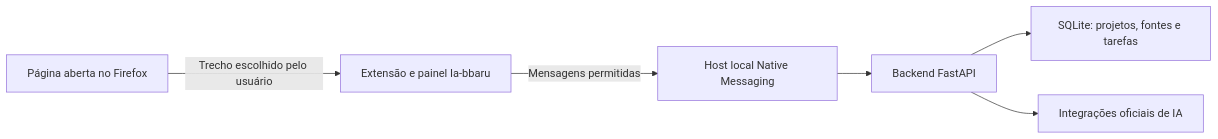
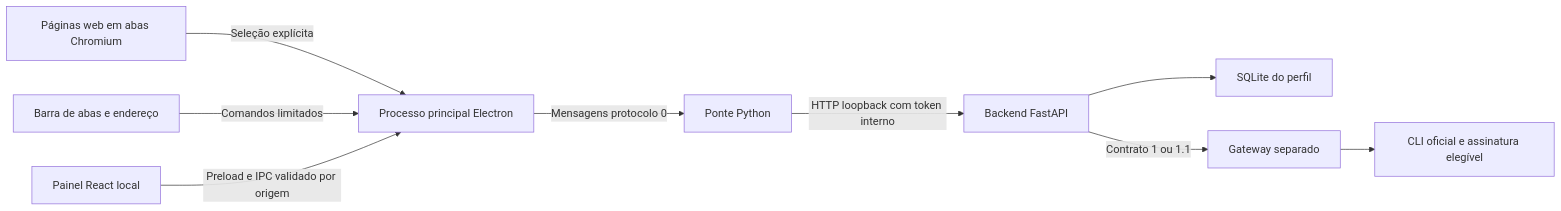
The diagram in docs/ARQUITETURA.md (Bbarusu/Ia-bbaru), drawn with Mermaid before and after one commit. The commit also changed other lines of this file and 31 other files, not shown here.

Commit message:
Build Chromium desktop browser with local workspace and graphical tests

````diff
--- a/docs/ARQUITETURA.md
+++ b/docs/ARQUITETURA.md
@@ -31,8 +11,11 @@
 ```mermaid
 flowchart LR
-    W[Página aberta no Firefox] -->|Trecho escolhido pelo usuário| E[Extensão e painel Ia-bbaru]
-    E -->|Mensagens permitidas| N[Host local Native Messaging]
-    N --> B[Backend FastAPI]
-    B --> D[SQLite: projetos, fontes e tarefas]
-    B --> I[Integrações oficiais de IA]
+    W[Páginas web em abas Chromium] -->|Seleção explícita| M[Processo principal Electron]
+    S[Barra de abas e endereço] -->|Comandos limitados| M
+    P[Painel React local] -->|Preload e IPC validado por origem| M
+    M -->|Mensagens protocolo 0| N[Ponte Python]
+    N -->|HTTP loopback com token interno| B[Backend FastAPI]
+    B --> D[SQLite do perfil]
+    B -->|Contrato 1 ou 1.1| G[Gateway separado]
+    G --> C[CLI oficial e assinatura elegível]
 ```
````
